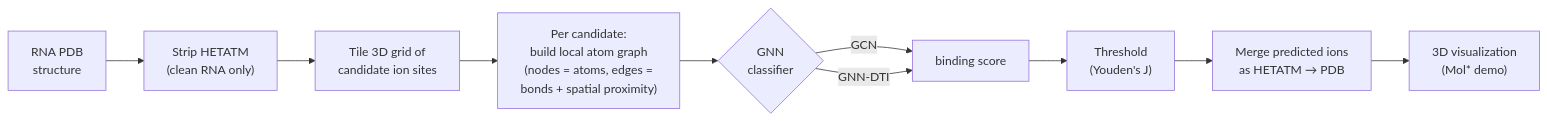
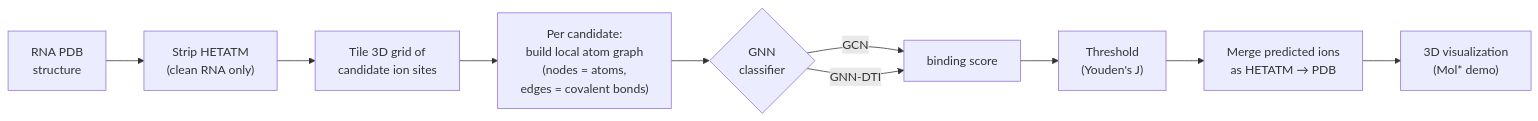
One commit to deepanshumody/RNA-GNN changed the diagram in README.md. Above: the diagram before and after it, drawn with Mermaid. The commit also changed other lines of this file and 26 other files, not shown here.

````diff
--- a/README.md
+++ b/README.md
@@ -60,12 +63,12 @@
 ```mermaid
 flowchart LR
     A["RNA PDB<br/>structure"] --> B["Strip HETATM<br/>(clean RNA only)"]
     B --> C["Tile 3D grid of<br/>candidate ion sites"]
-    C --> D["Per candidate:<br/>build local atom graph<br/>(nodes = atoms, edges =<br/>bonds + spatial proximity)"]
+    C --> D["Per candidate:<br/>build local atom graph<br/>(nodes = atoms,<br/>edges = covalent bonds)"]
     D --> E{"GNN<br/>classifier"}
     E -->|GCN| F["binding score"]
     E -->|GNN-DTI| F
     F --> G["Threshold<br/>(Youden's J)"]
     G --> H["Merge predicted ions<br/>as HETATM → PDB"]
     H --> I["3D visualization<br/>(Mol* demo)"]
 ```
````
